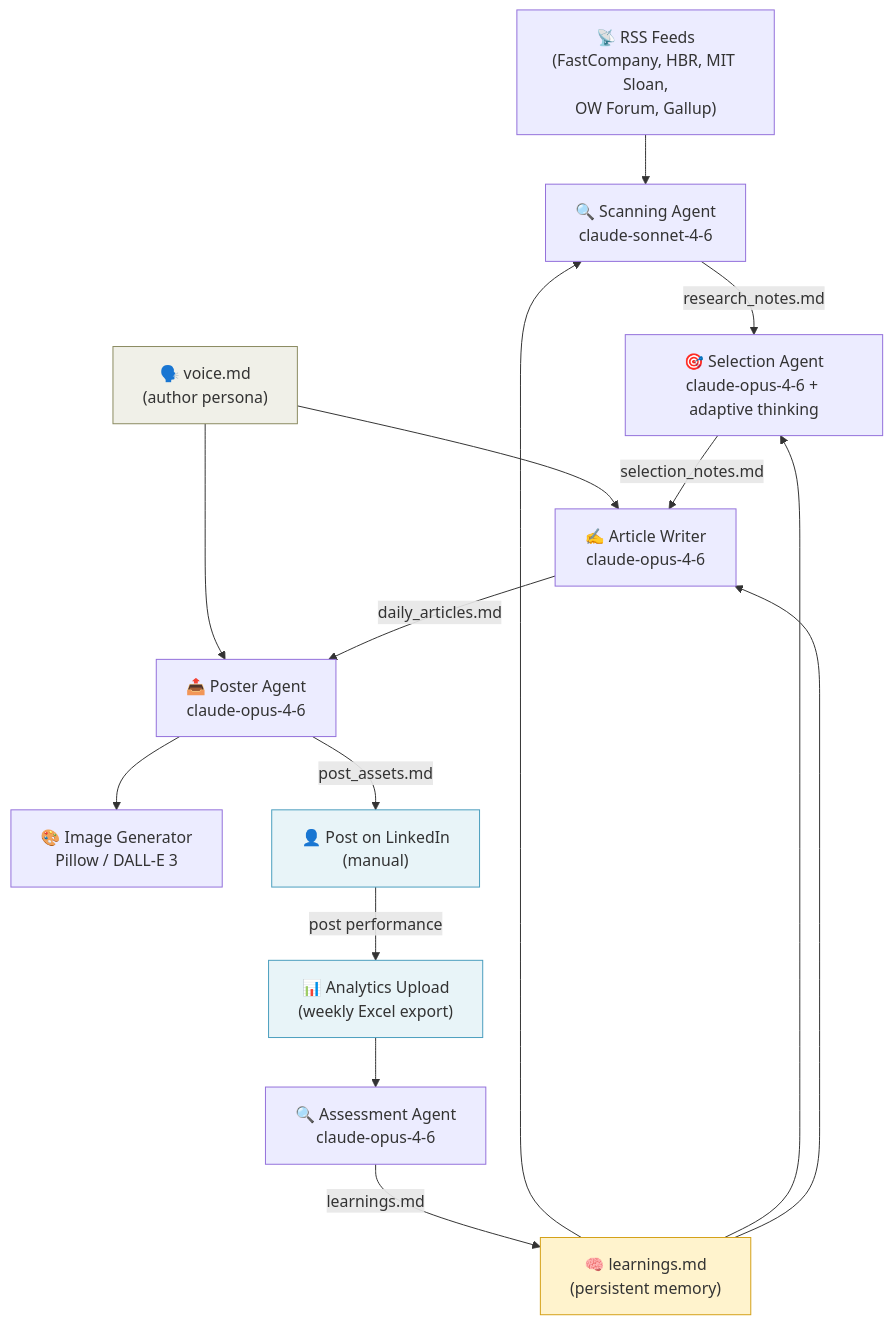
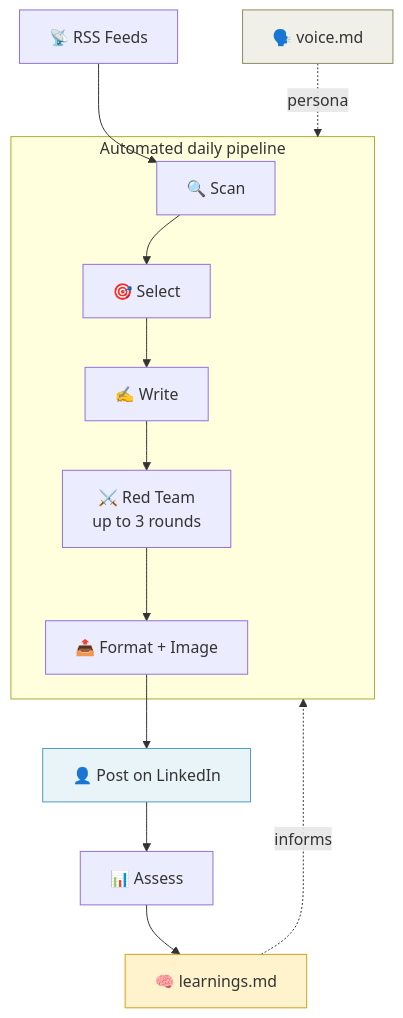
One commit to bschmaus/linkedin-leadership-agent changed the diagram in README.md. Above: the diagram before and after it, drawn with Mermaid. The commit also changed 1 other file, not shown here.

Commit message:
docs: add voice.md to diagrams, simplify README flowchart, add Red Team
- README: replaced flat node list with subgraph grouping the automated
  pipeline steps; added Red Team between Write and Post; voice.md and
  learnings.md now feed in with single dashed arrows instead of per-node arrows
- ARCHITECTURE: added voice.md at top of data flow diagram with
  identity/audience label on Selection and full voice.md labels on
  Article Writer and Poster; added missing REVISE arrow on Red Team box

````diff
--- a/README.md
+++ b/README.md
@@ -11,34 +11,21 @@
 ```mermaid
 flowchart TD
-    RSS["📡 RSS Feeds\n(FastCompany, HBR, MIT Sloan,\nOW Forum, Gallup)"]
-    SCAN["🔍 Scanning Agent\nclaude-sonnet-4-6"]
-    SELECT["🎯 Selection Agent\nclaude-opus-4-6 + adaptive thinking"]
-    WRITE["✍️ Article Writer\nclaude-opus-4-6"]
-    POST["📤 Poster Agent\nclaude-opus-4-6"]
-    IMAGE["🎨 Image Generator\nPillow / DALL-E 3"]
-    HUMAN["👤 Post on LinkedIn\n(manual)"]
-    ANALYTICS["📊 Analytics Upload\n(weekly Excel export)"]
-    ASSESS["🔍 Assessment Agent\nclaude-opus-4-6"]
-    LEARN["🧠 learnings.md\n(persistent memory)"]
-    VOICE["🗣️ voice.md\n(author persona)"]
+    RSS["📡 RSS Feeds"] --> SCAN
 
-    RSS --> SCAN
-    LEARN --> SCAN
-    LEARN --> SELECT
-    LEARN --> WRITE
-    VOICE --> WRITE
-    VOICE --> POST
-    SCAN -->|research_notes.md| SELECT
-    SELECT -->|selection_notes.md| WRITE
-    WRITE -->|daily_articles.md| POST
-    POST --> IMAGE
-    POST -->|post_assets.md| HUMAN
-    HUMAN -->|post performance| ANALYTICS
-    ANALYTICS --> ASSESS
-    ASSESS -->|learnings.md| LEARN
+    subgraph daily["Automated daily pipeline"]
+        SCAN["🔍 Scan"] --> SELECT["🎯 Select"]
+        SELECT --> WRITE["✍️ Write"]
+        WRITE --> RT["⚔️ Red Team\nup to 3 rounds"]
+        RT --> POST["📤 Format + Image"]
+    end
+
+    POST --> HUMAN["👤 Post on LinkedIn"]
+    HUMAN --> ASSESS["📊 Assess"]
+    ASSESS --> LEARN["🧠 learnings.md"]
+    LEARN -.->|informs| daily
+    VOICE["🗣️ voice.md"] -.->|persona| daily
 
     style HUMAN fill:#e8f4f8,stroke:#4a9ebe
-    style ANALYTICS fill:#e8f4f8,stroke:#4a9ebe
     style LEARN fill:#fff3cd,stroke:#d4a017
     style VOICE fill:#f0f0e8,stroke:#8a8a60
 ```
````
